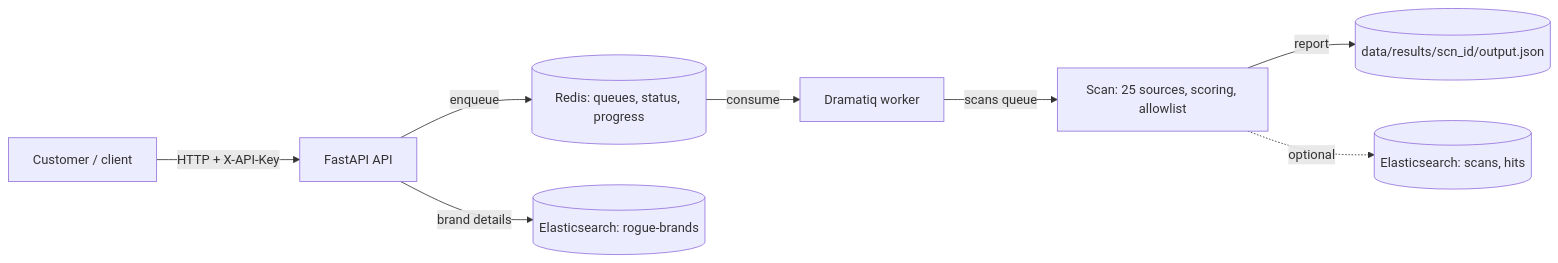
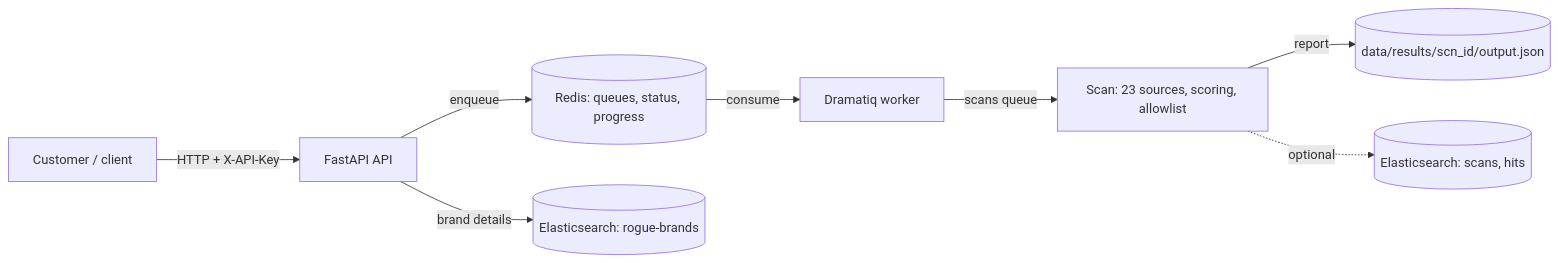
One commit to ravii26/find-same-app changed the diagram in README.md. Above: the diagram before and after it, drawn with Mermaid. The commit also changed other lines of this file and 11 other files, not shown here.

````diff
--- a/README.md
+++ b/README.md
@@ -50,10 +50,10 @@
 ```mermaid
 flowchart LR
     C[Customer / client] -->|HTTP + X-API-Key| A[FastAPI API]
     A -->|enqueue| R[(Redis: queues, status, progress)]
     R -->|consume| W[Dramatiq worker]
     A -->|brand details| B[(Elasticsearch: rogue-brands)]
-    W -->|scans queue| S[Scan: 25 sources, scoring, allowlist]
+    W -->|scans queue| S[Scan: 23 sources, scoring, allowlist]
     S -->|report| F[(data/results/scn_id/output.json)]
     S -.->|optional| E[(Elasticsearch: scans, hits)]
 ```
````
